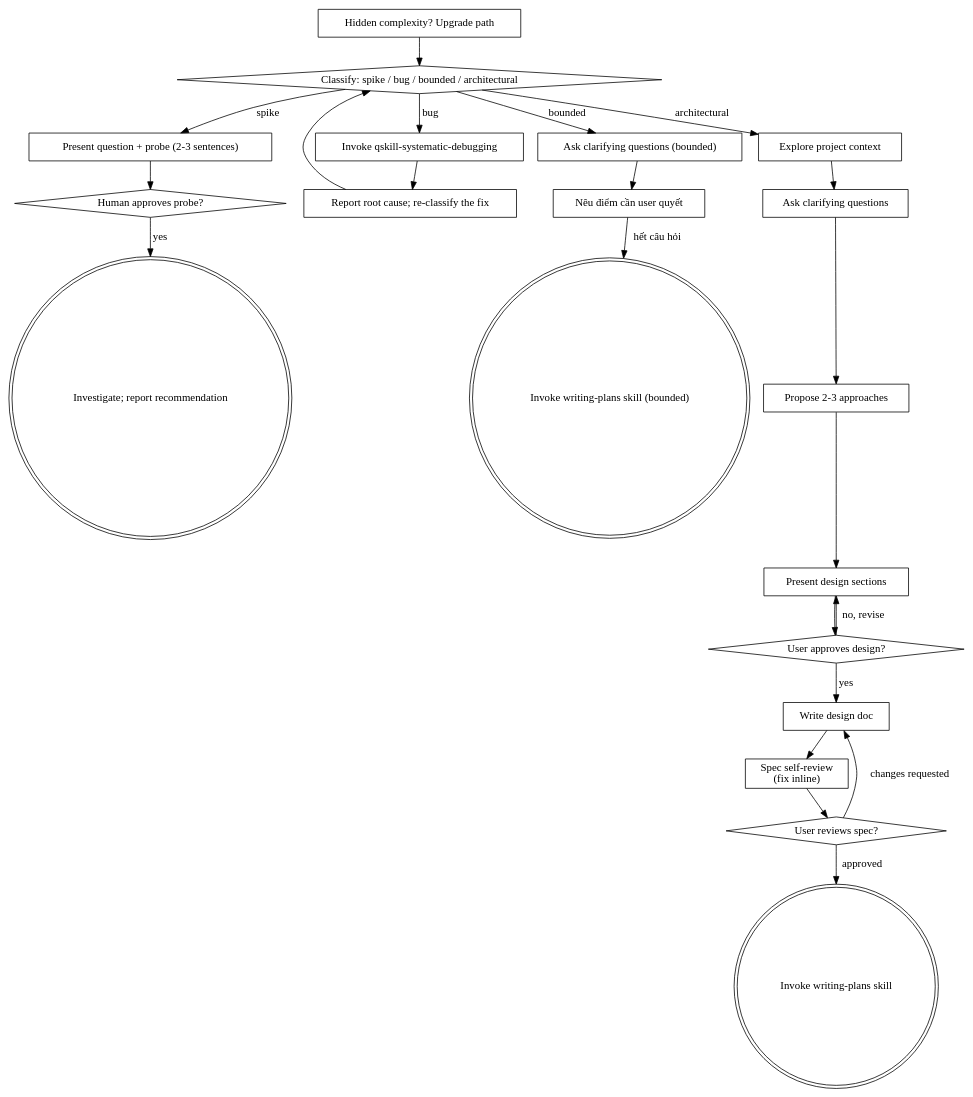
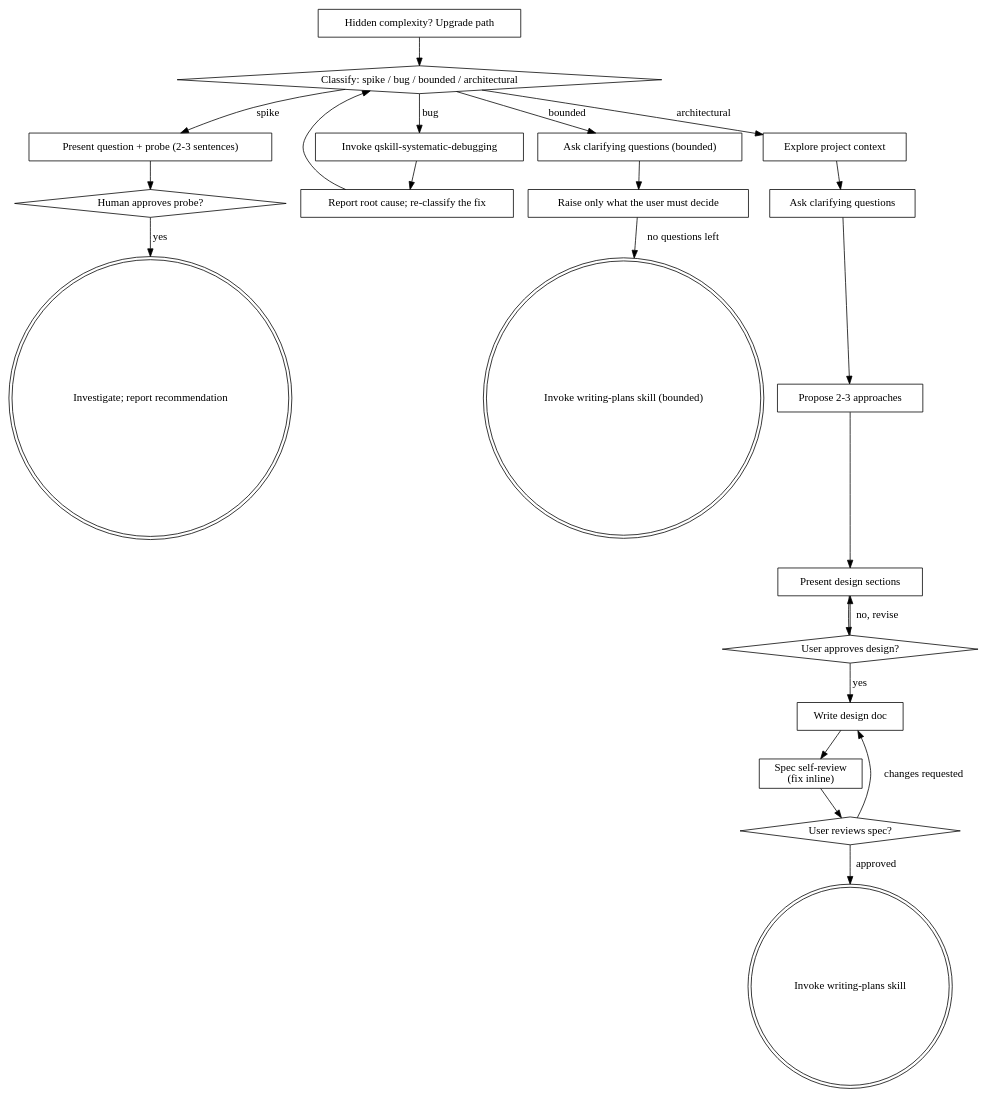
The diagram in skills/qskill-brainstorming/SKILL.md (nguyenhoangquan1511-dot/agent-skill), drawn with Graphviz before and after one commit. The commit also changed other lines of this file, not shown here.

First line of the commit message:
[chore-2026-09-08] Write brainstorming skill entirely in English

````diff
--- a/skills/qskill-brainstorming/SKILL.md
+++ b/skills/qskill-brainstorming/SKILL.md
@@ -193,45 +198,45 @@
 ```dot
 digraph brainstorming {
     "Classify: spike / bug / bounded / architectural" [shape=diamond];
     "Invoke qskill-systematic-debugging" [shape=box];
     "Report root cause; re-classify the fix" [shape=box];
     "Present question + probe (2-3 sentences)" [shape=box];
     "Ask clarifying questions (bounded)" [shape=box];
-    "Nêu điểm cần user quyết" [shape=box];
+    "Raise only what the user must decide" [shape=box];
     "Invoke writing-plans skill (bounded)" [shape=doublecircle];
     "Human approves probe?" [shape=diamond];
     "Investigate; report recommendation" [shape=doublecircle];
     "Explore project context" [shape=box];
     "Ask clarifying questions" [shape=box];
     "Propose 2-3 approaches" [shape=box];
     "Present design sections" [shape=box];
     "User approves design?" [shape=diamond];
     "Write design doc" [shape=box];
     "Spec self-review\n(fix inline)" [shape=box];
     "User reviews spec?" [shape=diamond];
     "Invoke writing-plans skill" [shape=doublecircle];
     "Hidden complexity? Upgrade path" [shape=box];
 
     "Classify: spike / bug / bounded / architectural" -> "Present question + probe (2-3 sentences)" [label="spike"];
     "Classify: spike / bug / bounded / architectural" -> "Invoke qskill-systematic-debugging" [label="bug"];
     "Classify: spike / bug / bounded / architectural" -> "Ask clarifying questions (bounded)" [label="bounded"];
     "Classify: spike / bug / bounded / architectural" -> "Explore project context" [label="architectural"];
     "Invoke qskill-systematic-debugging" -> "Report root cause; re-classify the fix";
     "Report root cause; re-classify the fix" -> "Classify: spike / bug / bounded / architectural";
     "Present question + probe (2-3 sentences)" -> "Human approves probe?";
-    "Ask clarifying questions (bounded)" -> "Nêu điểm cần user quyết";
-    "Nêu điểm cần user quyết" -> "Invoke writing-plans skill (bounded)" [label="hết câu hỏi"];
+    "Ask clarifying questions (bounded)" -> "Raise only what the user must decide";
+    "Raise only what the user must decide" -> "Invoke writing-plans skill (bounded)" [label="no questions left"];
     "Human approves probe?" -> "Investigate; report recommendation" [label="yes"];
     "Hidden complexity? Upgrade path" -> "Classify: spike / bug / bounded / architectural";
     "Explore project context" -> "Ask clarifying questions";
     "Ask clarifying questions" -> "Propose 2-3 approaches";
     "Propose 2-3 approaches" -> "Present design sections";
     "Present design sections" -> "User approves design?";
     "User approves design?" -> "Present design sections" [label="no, revise"];
     "User approves design?" -> "Write design doc" [label="yes"];
     "Write design doc" -> "Spec self-review\n(fix inline)";
     "Spec self-review\n(fix inline)" -> "User reviews spec?";
     "User reviews spec?" -> "Write design doc" [label="changes requested"];
     "User reviews spec?" -> "Invoke writing-plans skill" [label="approved"];
 }
 ```
````
